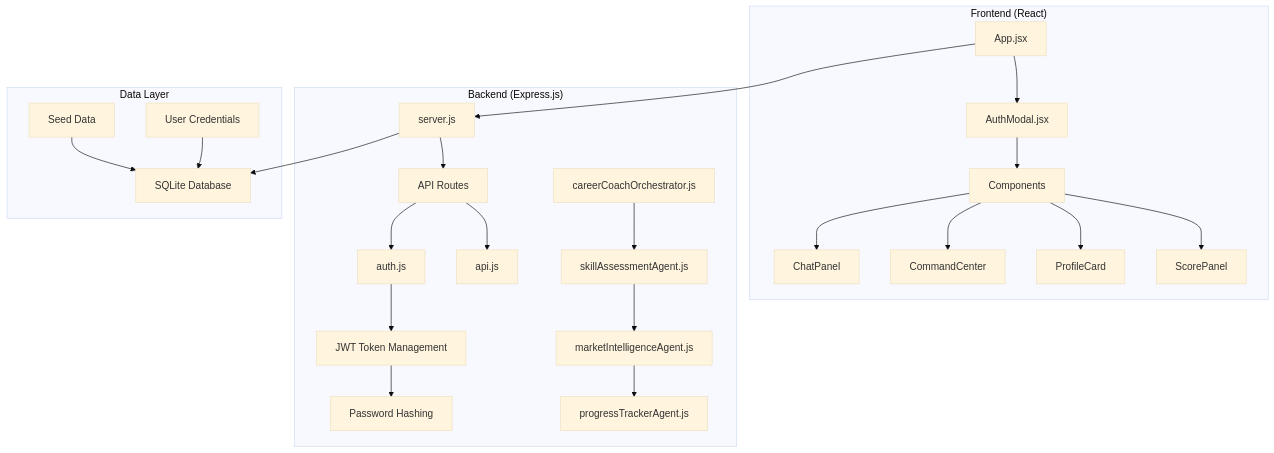
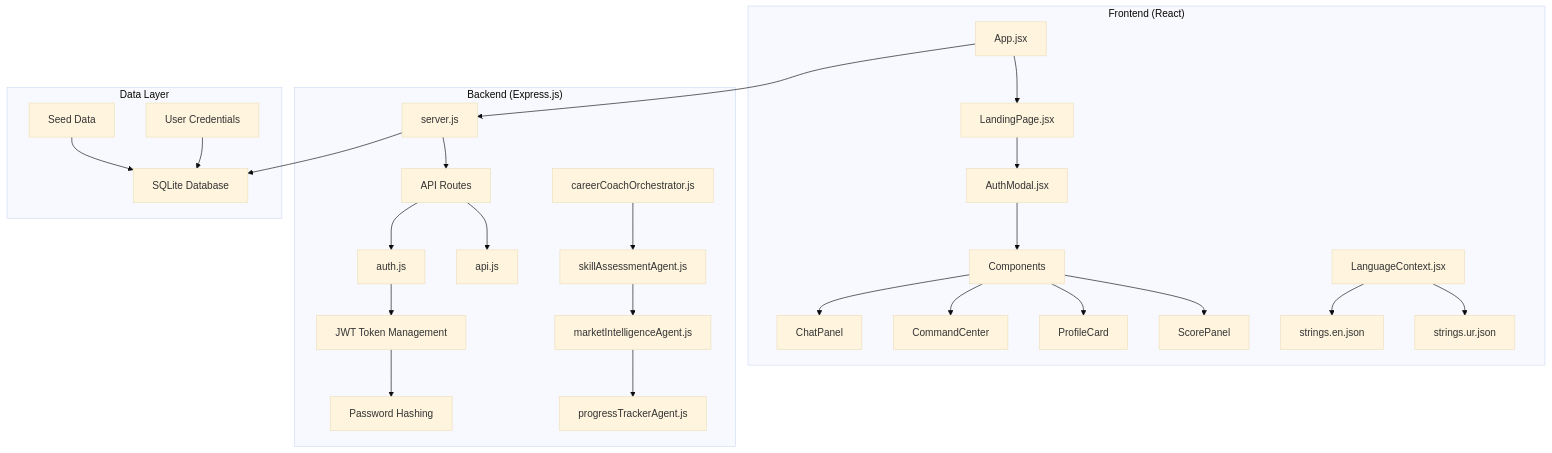
One commit to Alishba-Moin/CareerCompass changed the first of 3 diagrams in .qoder/repowiki/en/content/Project Overview.md. Above: the diagram before and after it, drawn with Mermaid (base theme). The commit also changed other lines of this file and 8 other files, not shown here.

````diff
--- a/.qoder/repowiki/en/content/Project Overview.md
+++ b/.qoder/repowiki/en/content/Project Overview.md
@@ -84,30 +92,33 @@
 ```mermaid
 graph TB
 subgraph "Frontend (React)"
-A["App.jsx"] --> B["AuthModal.jsx"]
-B --> C["Components"]
-C --> D["ChatPanel"]
-C --> E["CommandCenter"]
-C --> F["ProfileCard"]
-C --> G["ScorePanel"]
+A["App.jsx"] --> B["LandingPage.jsx"]
+B --> C["AuthModal.jsx"]
+C --> D["Components"]
+D --> E["ChatPanel"]
+D --> F["CommandCenter"]
+D --> G["ProfileCard"]
+D --> H["ScorePanel"]
+I["LanguageContext.jsx"] --> J["strings.en.json"]
+I --> K["strings.ur.json"]
 end
 subgraph "Backend (Express.js)"
-H["server.js"] --> I["API Routes"]
-I --> J["auth.js"]
-I --> K["api.js"]
-J --> L["JWT Token Management"]
-L --> M["Password Hashing"]
-N["careerCoachOrchestrator.js"] --> O["skillAssessmentAgent.js"]
-O --> P["marketIntelligenceAgent.js"]
-P --> Q["progressTrackerAgent.js"]
+L["server.js"] --> M["API Routes"]
+M --> N["auth.js"]
+M --> O["api.js"]
+N --> P["JWT Token Management"]
+P --> Q["Password Hashing"]
+R["careerCoachOrchestrator.js"] --> S["skillAssessmentAgent.js"]
+S --> T["marketIntelligenceAgent.js"]
+T --> U["progressTrackerAgent.js"]
 end
 subgraph "Data Layer"
-R["SQLite Database"]
-S["Seed Data"]
-T["User Credentials"]
+V["SQLite Database"]
+W["Seed Data"]
+X["User Credentials"]
 end
-A --> H
-H --> R
-S --> R
-T --> R
+A --> L
+L --> V
+W --> V
+X --> V
 ```
````
